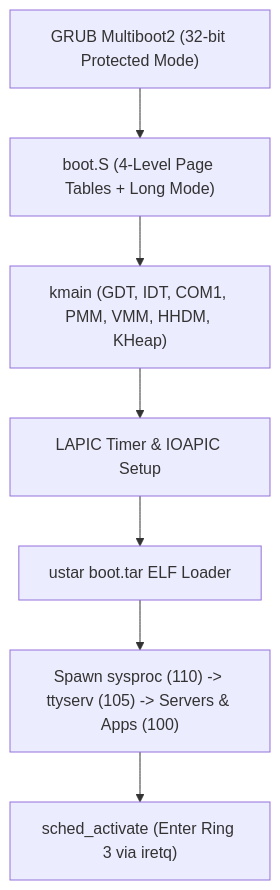
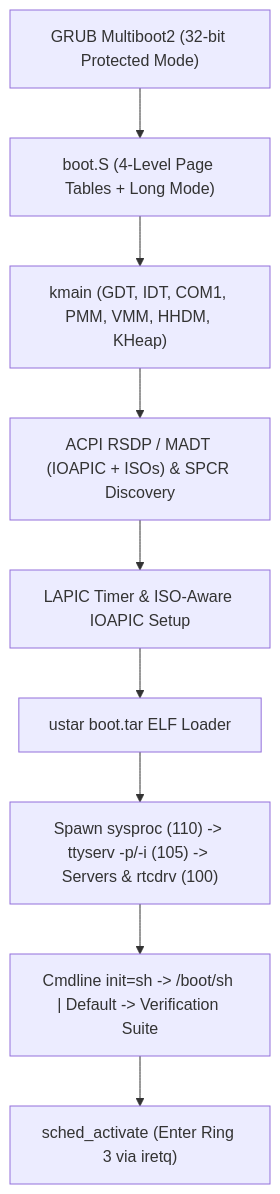
The diagram in docs/30-architecture/boot.md (Deniz-Eren/microkernel), drawn with Mermaid before and after one commit. The commit also changed 22 other files, not shown here.

First line of the commit message:
feat(boot): add ACPI MADT/SPCR discovery, OPOST/ECHO TTY TX, and interactive sh

````diff
--- a/docs/30-architecture/boot.md
+++ b/docs/30-architecture/boot.md
@@ -22,12 +22,15 @@
 ```mermaid
 flowchart TD
     GRUB["GRUB Multiboot2 (32-bit Protected Mode)"]
     BOOTS["boot.S (4-Level Page Tables + Long Mode)"]
     KMAIN["kmain (GDT, IDT, COM1, PMM, VMM, HHDM, KHeap)"]
-    APIC["LAPIC Timer & IOAPIC Setup"]
+    ACPI["ACPI RSDP / MADT (IOAPIC + ISOs) & SPCR Discovery"]
+    APIC["LAPIC Timer & ISO-Aware IOAPIC Setup"]
     TAR["ustar boot.tar ELF Loader"]
-    INIT["Spawn sysproc (110) -> ttyserv (105) -> Servers & Apps (100)"]
+    INIT["Spawn sysproc (110) -> ttyserv -p/-i (105) -> Servers & rtcdrv (100)"]
+    MODE["Cmdline init=sh -> /boot/sh | Default -> Verification Suite"]
     SCHED["sched_activate (Enter Ring 3 via iretq)"]
 
-    GRUB --> BOOTS --> KMAIN --> APIC --> TAR --> INIT --> SCHED
+    GRUB --> BOOTS --> KMAIN --> ACPI --> APIC
+    APIC --> TAR --> INIT --> MODE --> SCHED
 ```
````
